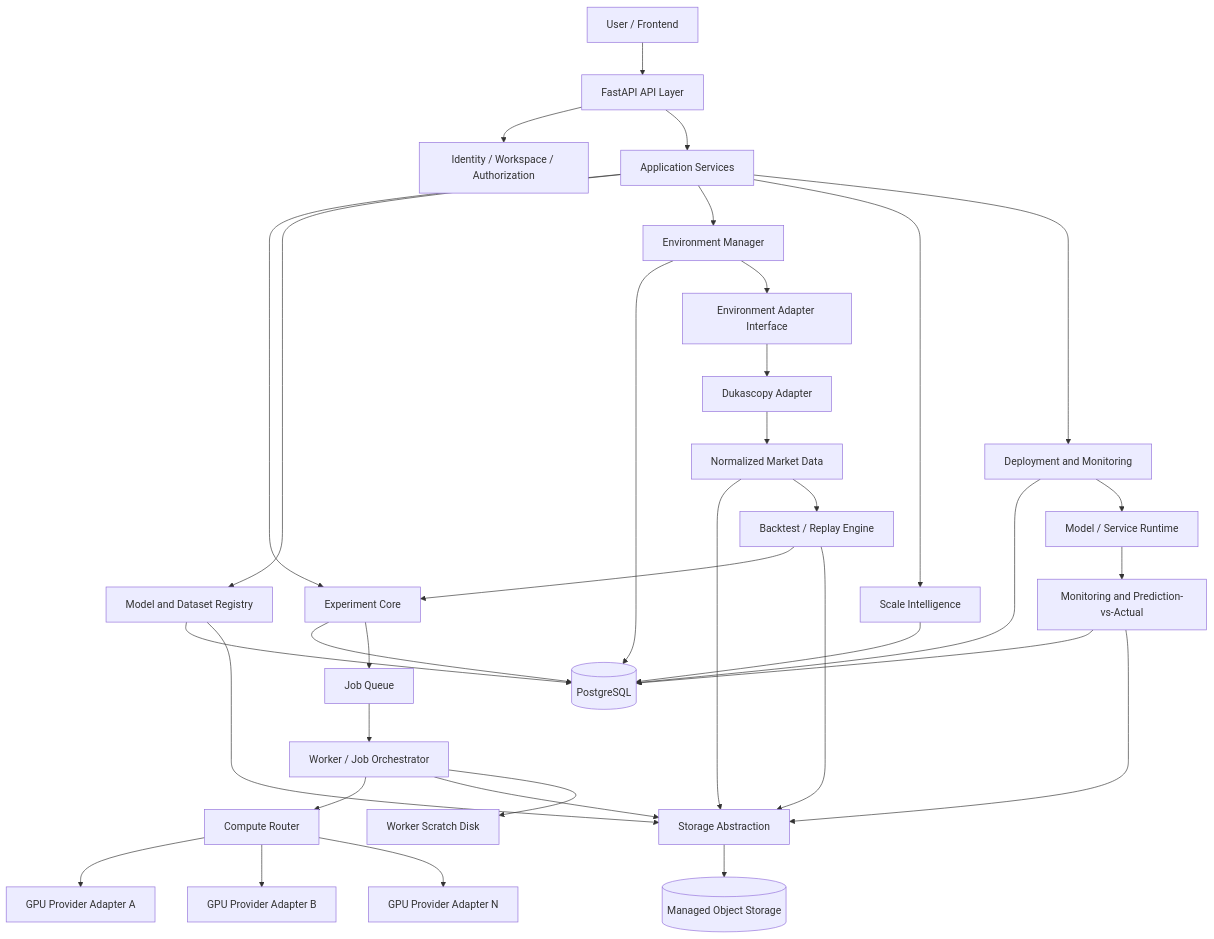
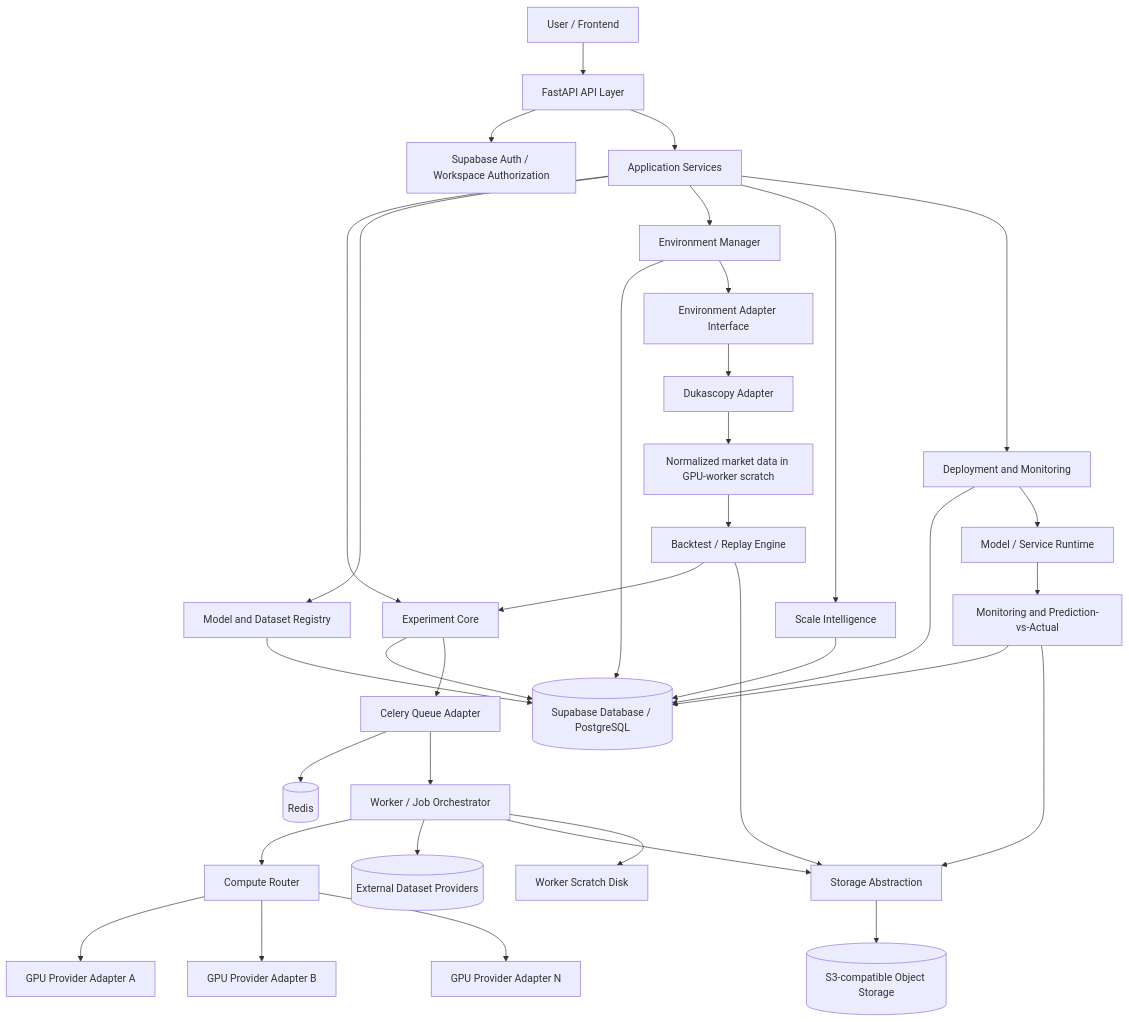
Before and after one commit to Aimable2002/scalarLab-backend: the first of 2 diagrams in docs/SYSTEM_ARCHITECTURE.md, drawn with Mermaid. The commit also changed other lines of this file and 66 other files, not shown here.

````diff
--- a/docs/SYSTEM_ARCHITECTURE.md
+++ b/docs/SYSTEM_ARCHITECTURE.md
@@ -5,42 +5,42 @@
 ```mermaid
 flowchart TB
     U[User / Frontend] --> API[FastAPI API Layer]
-    API --> AUTH[Identity / Workspace / Authorization]
+    API --> AUTH[Supabase Auth / Workspace Authorization]
     API --> CORE[Application Services]
     CORE --> EXP[Experiment Core]
     CORE --> REG[Model and Dataset Registry]
     CORE --> ENV[Environment Manager]
     CORE --> SCALE[Scale Intelligence]
     CORE --> DEP[Deployment and Monitoring]
 
-    EXP --> DB[(PostgreSQL)]
+    EXP --> DB[(Supabase Database / PostgreSQL)]
     REG --> DB
     ENV --> DB
     SCALE --> DB
     DEP --> DB
 
-    EXP --> Q[Job Queue]
+    EXP --> Q[Celery Queue Adapter]
+    Q --> REDIS[(Redis)]
     Q --> W[Worker / Job Orchestrator]
     W --> CR[Compute Router]
     CR --> GPU1[GPU Provider Adapter A]
     CR --> GPU2[GPU Provider Adapter B]
     CR --> GPU3[GPU Provider Adapter N]
 
-    REG --> ST[Storage Abstraction]
-    W --> ST
-    ST --> OBJ[(Managed Object Storage)]
+    W --> DS[(External Dataset Providers)]
+    W --> ST[Storage Abstraction]
+    ST --> OBJ[(S3-compatible Object Storage)]
     W --> TMP[Worker Scratch Disk]
 
     ENV --> EREG[Environment Adapter Interface]
     EREG --> DUK[Dukascopy Adapter]
-    DUK --> MKT[Normalized Market Data]
-    MKT --> ST
+    DUK --> MKT[Normalized market data in GPU-worker scratch]
     MKT --> BT[Backtest / Replay Engine]
     BT --> EXP
     BT --> ST
 
     DEP --> SERVE[Model / Service Runtime]
     SERVE --> MON[Monitoring and Prediction-vs-Actual]
     MON --> DB
     MON --> ST
 ```
````
